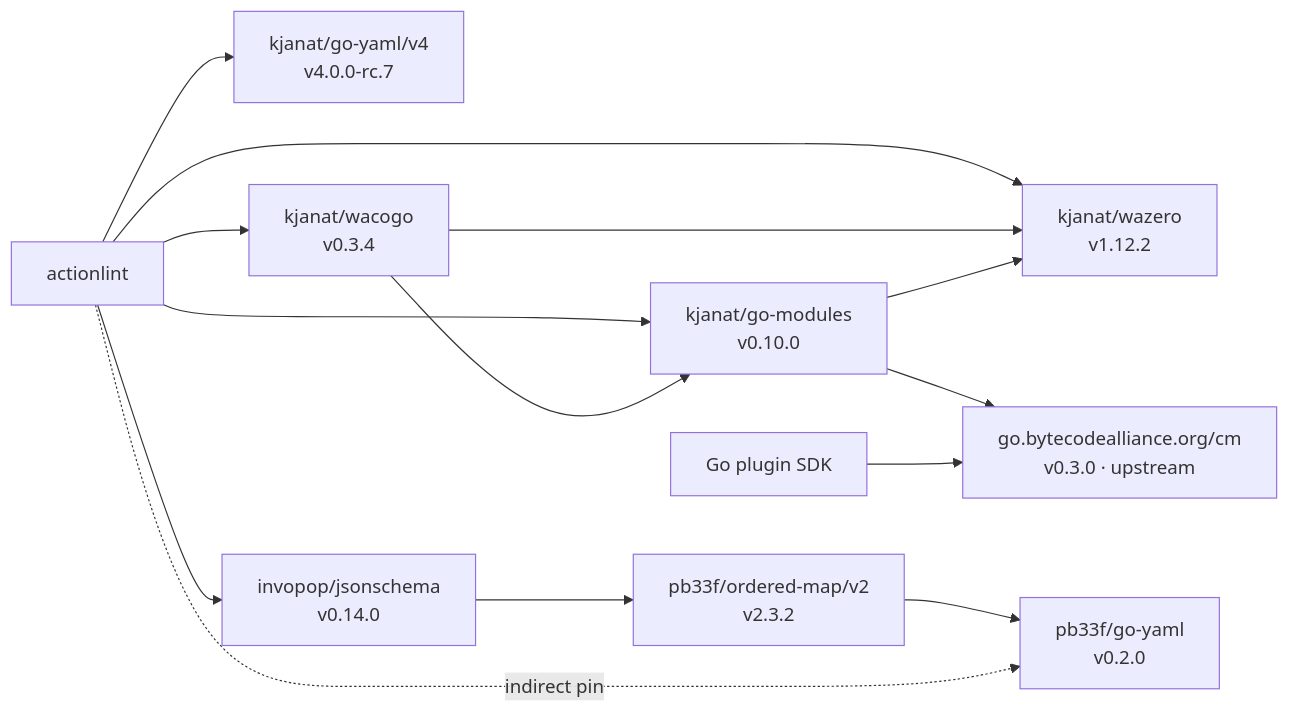
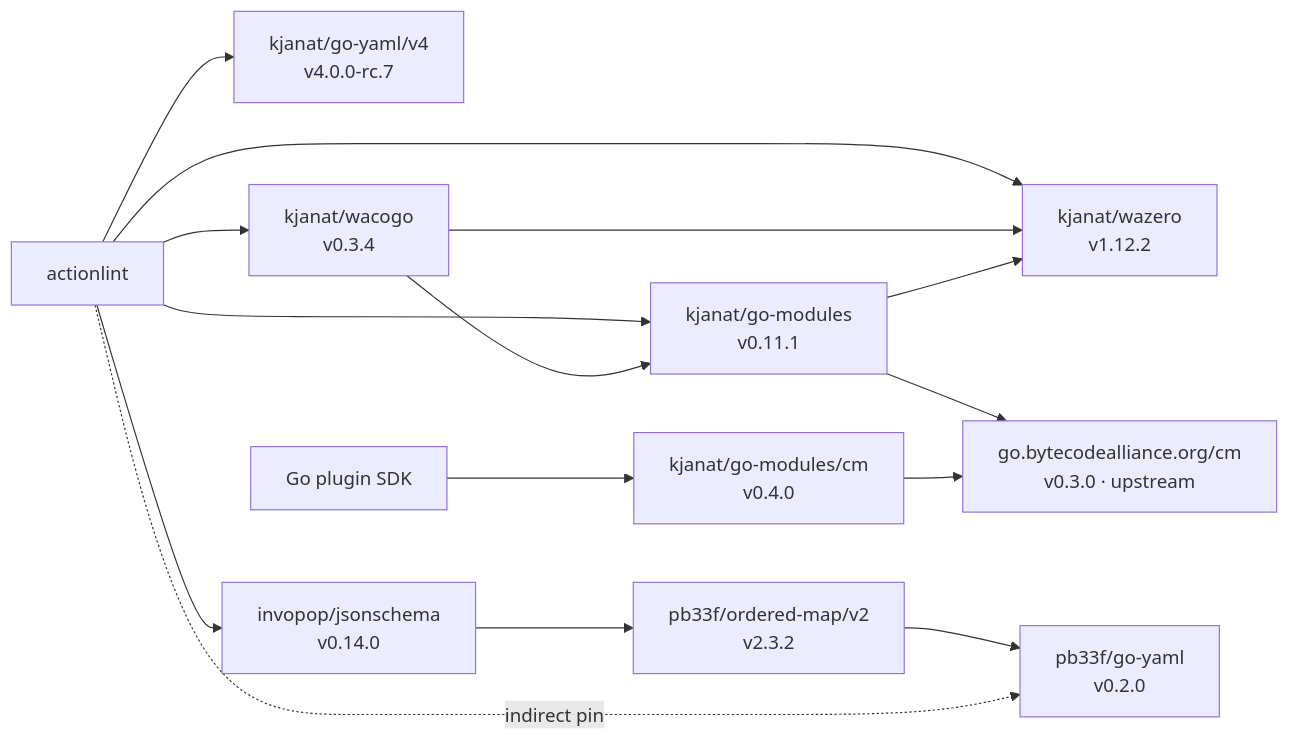
The diagram in docs/go-forks.md (kjanat/actionlint), drawn with Mermaid before and after one commit. The commit also changed other lines of this file and 30 other files, not shown here.

Commit message:
chore(deps): update module github.com/kjanat/go-modules to v0.11.1 (#507)

````diff
--- a/docs/go-forks.md
+++ b/docs/go-forks.md
@@ -7,24 +7,26 @@
 ```mermaid
 flowchart LR
     %% renovate: depName=github.com/kjanat/go-yaml/v4
     A[actionlint] --> Y["kjanat/go-yaml/v4<br/>v4.0.0-rc.7"]
     %% renovate: depName=github.com/kjanat/wacogo
     A --> W["kjanat/wacogo<br/>v0.3.4"]
     %% renovate: depName=github.com/kjanat/wazero
     A --> Z["kjanat/wazero<br/>v1.12.2"]
     %% renovate: depName=github.com/kjanat/go-modules
-    A --> G["kjanat/go-modules<br/>v0.10.0"]
+    A --> G["kjanat/go-modules<br/>v0.11.1"]
     W --> G
     W --> Z
     G --> Z
+    %% renovate: depName=github.com/kjanat/go-modules/cm
+    E[Go plugin SDK] --> CM["kjanat/go-modules/cm<br/>v0.4.0"]
     %% renovate: depName=go.bytecodealliance.org/cm
-    G --> CM["go.bytecodealliance.org/cm<br/>v0.3.0 · upstream"]
-    E[Go plugin SDK] --> CM
+    G --> U["go.bytecodealliance.org/cm<br/>v0.3.0 · upstream"]
+    CM --> U
     %% renovate: depName=github.com/invopop/jsonschema
     A --> J["invopop/jsonschema<br/>v0.14.0"]
     %% renovate: depName=github.com/pb33f/ordered-map/v2
     J --> O["pb33f/ordered-map/v2<br/>v2.3.2"]
     %% renovate: depName=github.com/pb33f/go-yaml
     O --> P["pb33f/go-yaml<br/>v0.2.0"]
     A -. indirect pin .-> P
 ```
````
